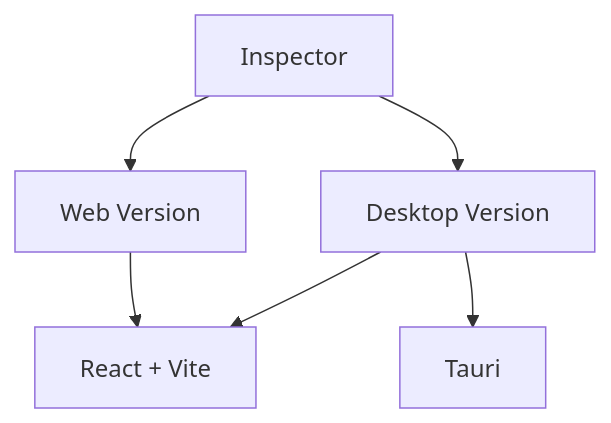
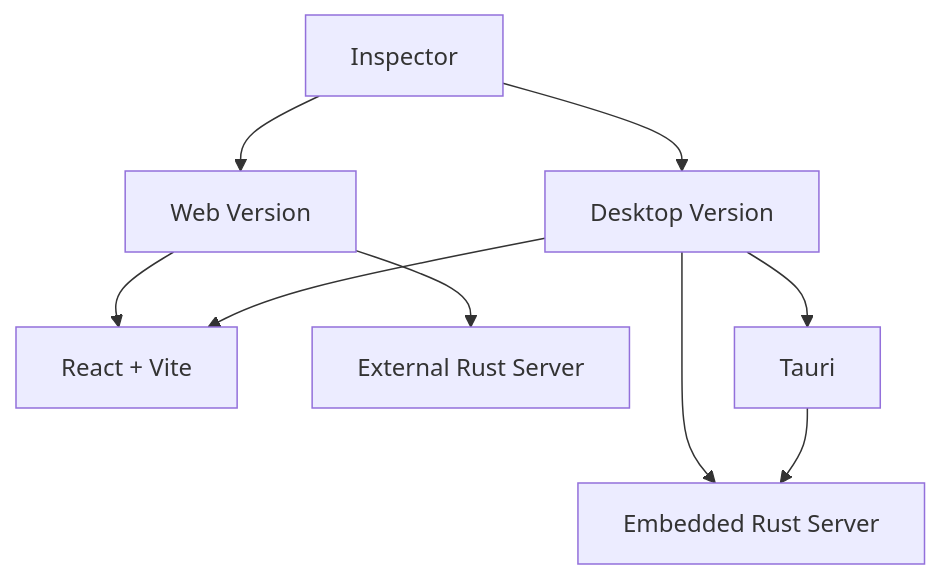
The sixth of 6 diagrams in document/docs/en/architecture/inspector.md (ohah/chrome-remote-devtools), drawn with Mermaid before and after one commit. The commit also changed other lines of this file and 19 other files, not shown here.

First line of the commit message:
docs(docs): add React Native CDP domains and update architecture documentation

````diff
--- a/document/docs/en/architecture/inspector.md
+++ b/document/docs/en/architecture/inspector.md
@@ -52,8 +94,11 @@
 ```mermaid
 graph TB
     I[Inspector] --> W[Web Version]
     I --> D[Desktop Version]
     W --> R[React + Vite]
+    W --> ES[External Rust Server]
     D --> R
     D --> T[Tauri]
+    D --> ES2[Embedded Rust Server]
+    T --> ES2
 ```
````
